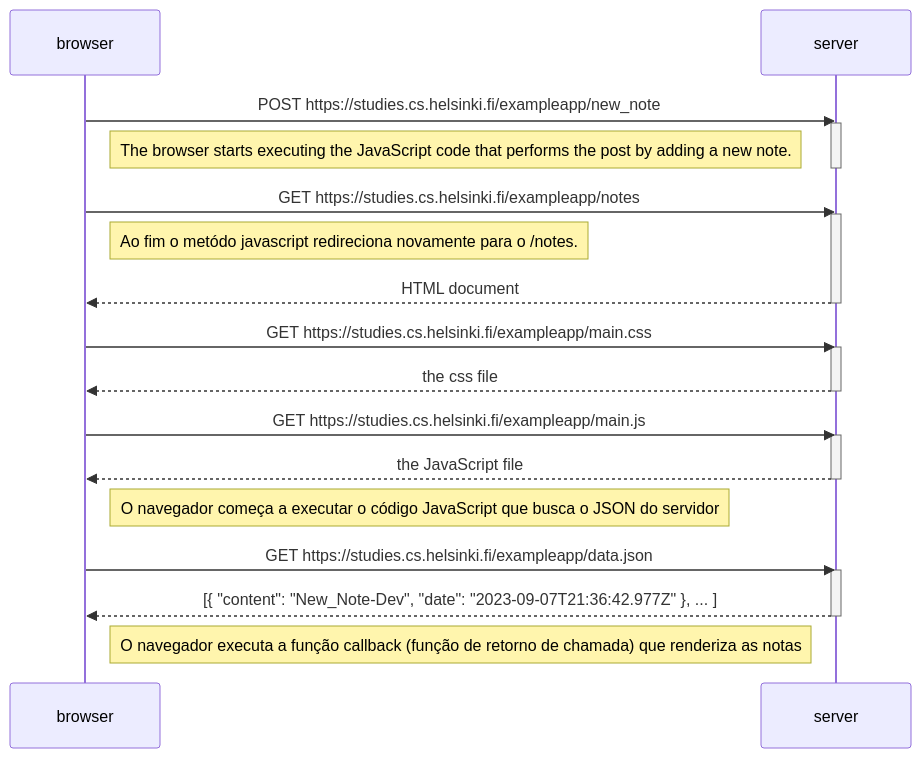
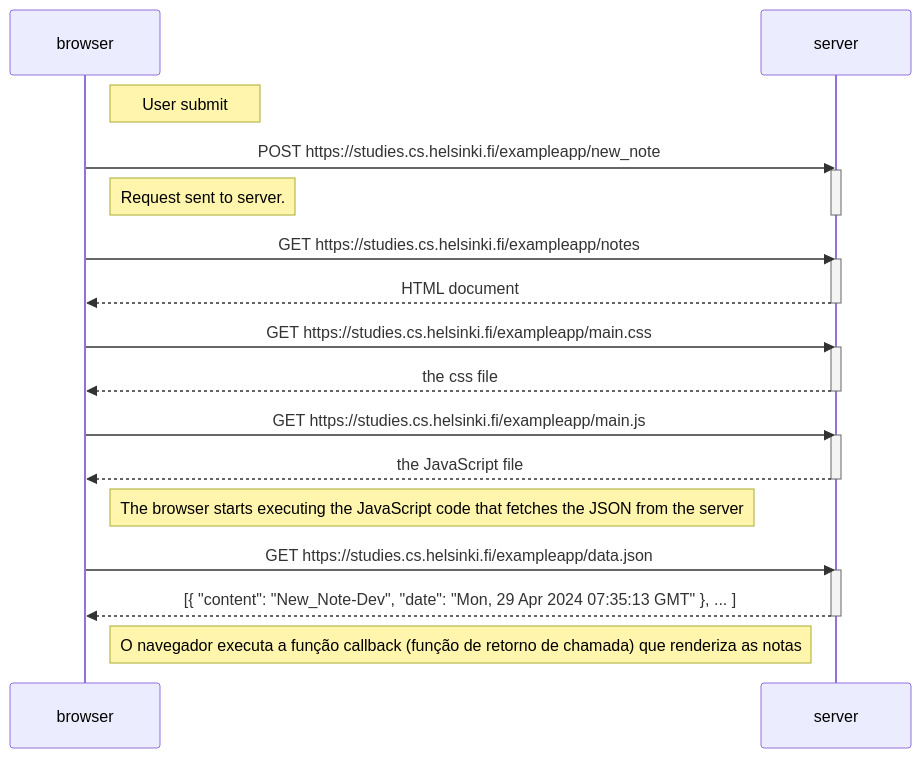
The diagram in part0/04.md (patinen/fullstackopen), drawn with Mermaid before and after one commit.

````diff
--- a/part0/04.md
+++ b/part0/04.md
@@ -1,35 +1,35 @@
 ```mermaid
     sequenceDiagram
 
       participant browser
 
       participant server
-      
-        browser->>server: POST https://studies.cs.helsinki.fi/exampleapp/new_note
-        activate server 
-        Note right of browser: The browser starts executing the JavaScript code that performs the post by adding a new note.            
-        deactivate server
-            
-        browser->>server: GET https://studies.cs.helsinki.fi/exampleapp/notes
-        activate server
-        Note right of browser: Ao fim o metódo javascript redireciona novamente para o /notes.
-        server-->>browser: HTML document
-        deactivate server
 
-        browser->>server: GET https://studies.cs.helsinki.fi/exampleapp/main.css
-        activate server
-        server-->>browser: the css file
-        deactivate server
-
-        browser->>server: GET https://studies.cs.helsinki.fi/exampleapp/main.js
-        activate server
-        server-->>browser: the JavaScript file
-        deactivate server
-
-        Note right of browser: O navegador começa a executar o código JavaScript que busca o JSON do servidor
-        browser->>server: GET https://studies.cs.helsinki.fi/exampleapp/data.json
-        activate server
-        server-->>browser: [{  "content": "New_Note-Dev", "date": "2023-09-07T21:36:42.977Z" }, ... ]
-        deactivate server
-        Note right of browser: O navegador executa a função callback (função de retorno de chamada) que renderiza as notas
+            Note right of browser: User submit
+            browser->>server: POST https://studies.cs.helsinki.fi/exampleapp/new_note
+            activate server 
+            Note right of browser: Request sent to server.            
+            deactivate server
+                
+            browser->>server: GET https://studies.cs.helsinki.fi/exampleapp/notes
+            activate server
+            server-->>browser: HTML document
+            deactivate server
+    
+            browser->>server: GET https://studies.cs.helsinki.fi/exampleapp/main.css
+            activate server
+            server-->>browser: the css file
+            deactivate server
+    
+            browser->>server: GET https://studies.cs.helsinki.fi/exampleapp/main.js
+            activate server
+            server-->>browser: the JavaScript file
+            deactivate server
+    
+            Note right of browser: The browser starts executing the JavaScript code that fetches the JSON from the server 
+            browser->>server: GET https://studies.cs.helsinki.fi/exampleapp/data.json
+            activate server
+            server-->>browser: [{  "content": "New_Note-Dev", "date": "Mon, 29 Apr 2024 07:35:13 GMT" }, ... ]
+            deactivate server
+            Note right of browser: O navegador executa a função callback (função de retorno de chamada) que renderiza as notas
 ```
````
